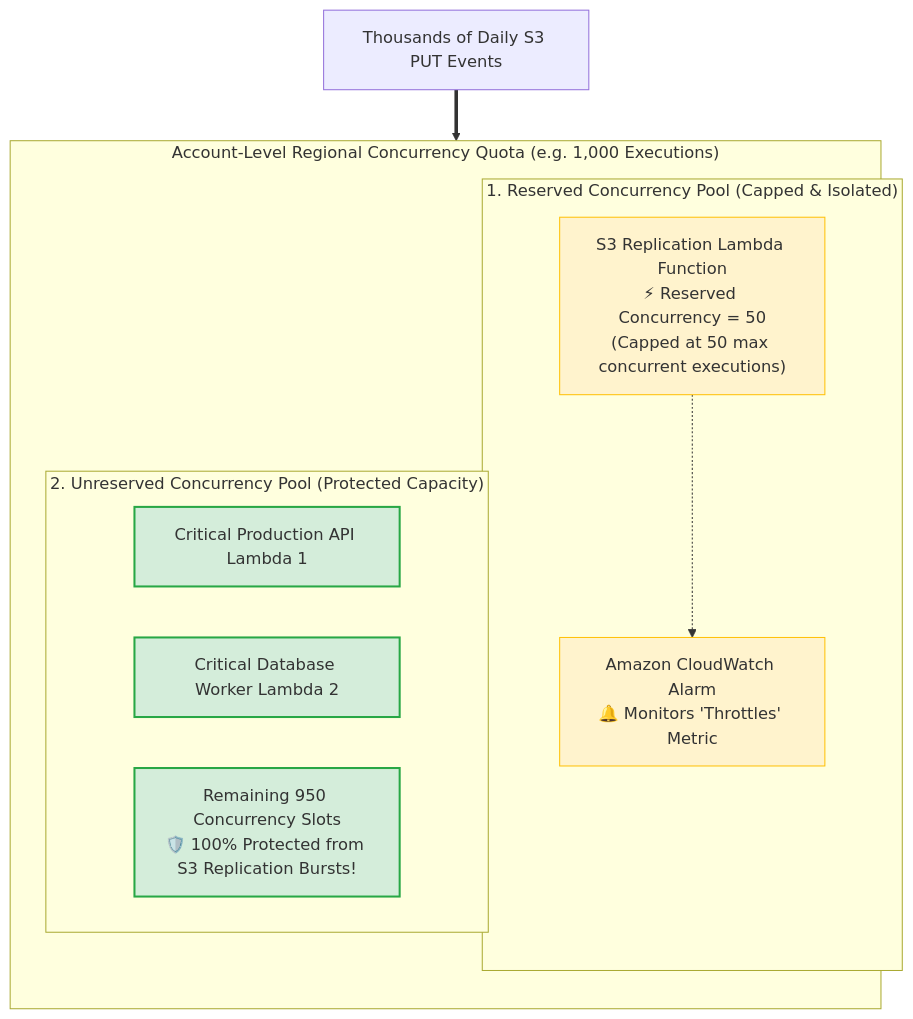
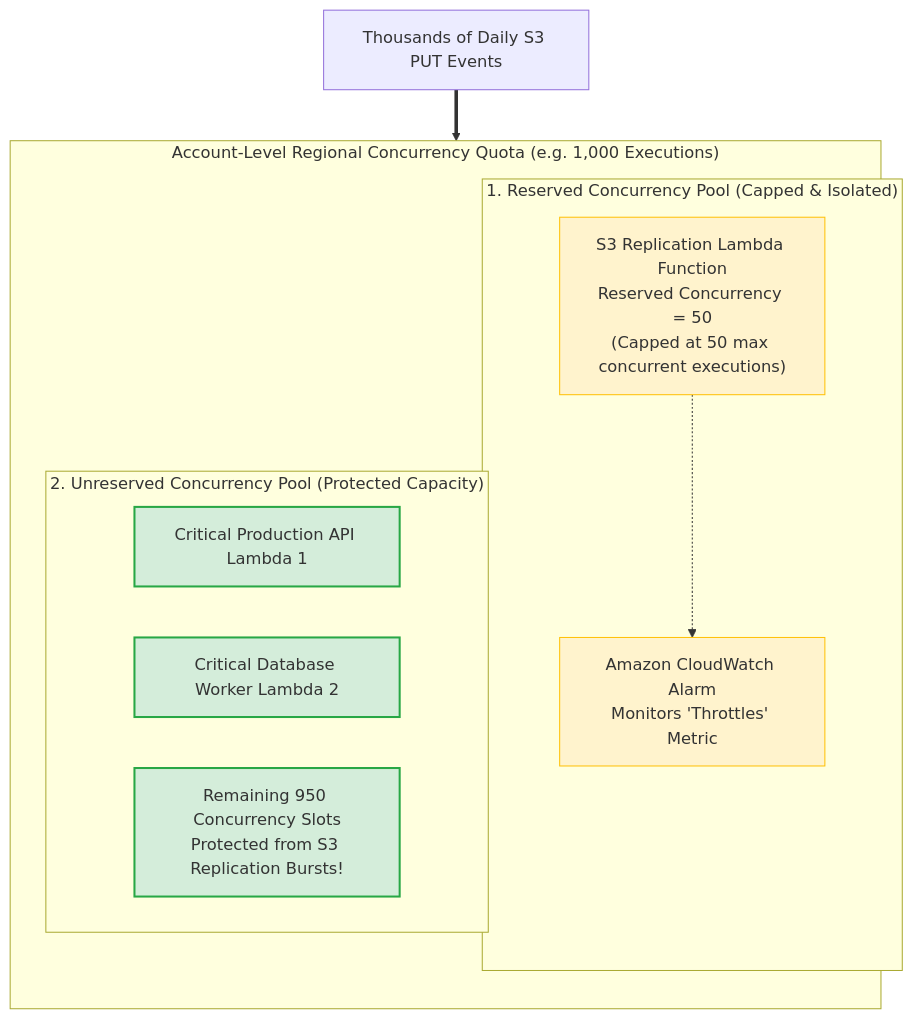
The seventh of 9 diagrams in Professional/3.3 High-performing systems architectures (for example, auto scaling, instance fleets, placement groups).md (ReginRavi/AIP-C01), drawn with Mermaid before and after one commit. The commit also changed other lines of this file and 1 other file, not shown here.

Commit message:
Fix mermaid diagram syntax in Global service offerings and High-performing systems architectures notes

````diff
--- a/Professional/3.3 High-performing systems architectures (for example, auto scaling, instance fleets, placement groups).md
+++ b/Professional/3.3 High-performing systems architectures (for example, auto scaling, instance fleets, placement groups).md
@@ -296,26 +320,26 @@
 ```mermaid
 flowchart TD
     subgraph RegionalQuota ["Account-Level Regional Concurrency Quota (e.g. 1,000 Executions)"]
         direction TB
 
         subgraph ReservedPool ["1. Reserved Concurrency Pool (Capped & Isolated)"]
-            RepLambda["S3 Replication Lambda Function<br/>⚡ Reserved Concurrency = 50<br/>(Capped at 50 max concurrent executions)"]
-            CWAlarm["Amazon CloudWatch Alarm<br/>🔔 Monitors 'Throttles' Metric"]
-            RepLambda -.-> CWAlarm
+            RepLambda["S3 Replication Lambda Function<br/>Reserved Concurrency = 50<br/>(Capped at 50 max concurrent executions)"]
+            CWAlarm["Amazon CloudWatch Alarm<br/>Monitors 'Throttles' Metric"]
         end
 
         subgraph UnreservedPool ["2. Unreserved Concurrency Pool (Protected Capacity)"]
             CritLambda1["Critical Production API Lambda 1"]
             CritLambda2["Critical Database Worker Lambda 2"]
-            UnreservedQuota["Remaining 950 Concurrency Slots<br/>🛡️ 100% Protected from S3 Replication Bursts!"]
+            UnreservedQuota["Remaining 950 Concurrency Slots<br/>Protected from S3 Replication Bursts!"]
         end
     end
 
     S3Uploads["Thousands of Daily S3 PUT Events"] ==> RepLambda
+    RepLambda -.-> CWAlarm
 
     classDef reserved fill:#fff3cd,stroke:#ffc107,stroke-width:1px;
     classDef protected fill:#d4edda,stroke:#28a745,stroke-width:2px;
 
     class RepLambda,CWAlarm reserved;
     class CritLambda1,CritLambda2,UnreservedQuota protected;
 ```
````
